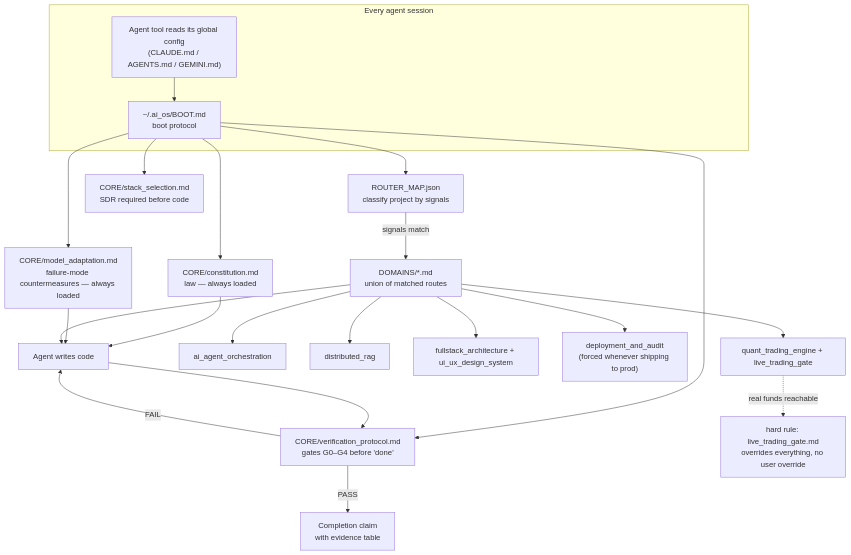
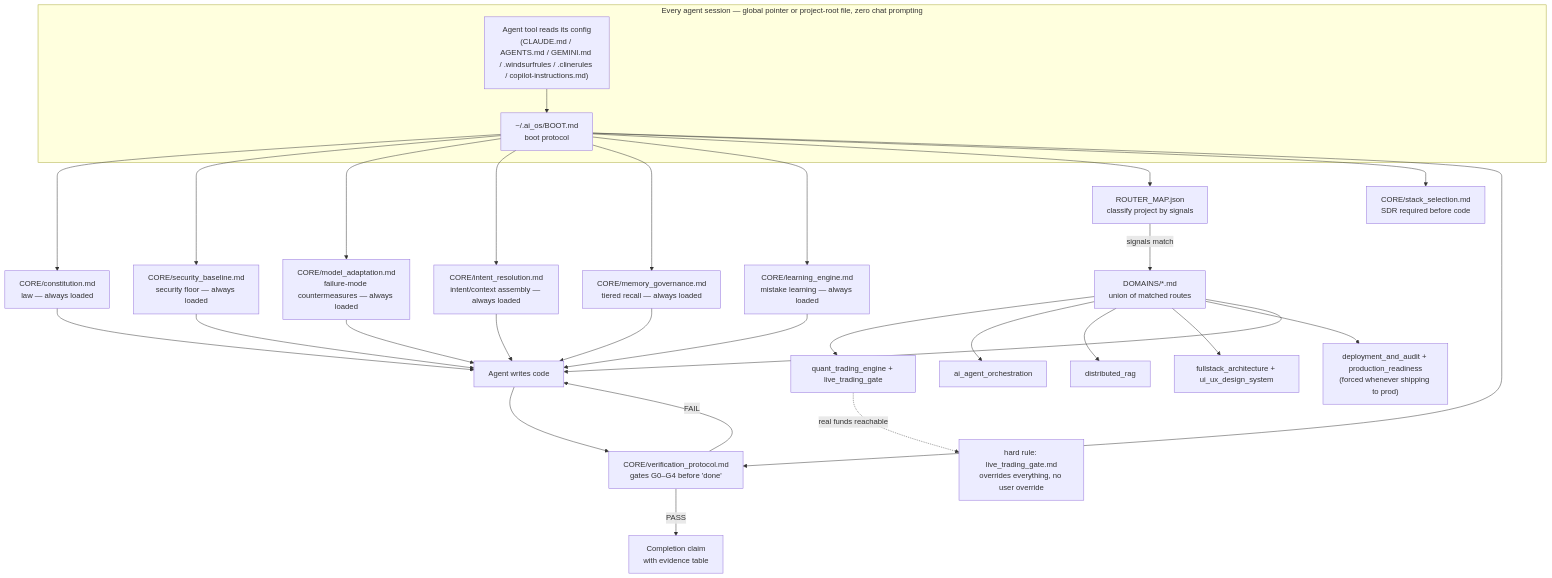
One commit to Aditya-7117/AEQ-OS changed the diagram in README.md. Above: the diagram before and after it, drawn with Mermaid. The commit also changed other lines of this file and 17 other files, not shown here.

First line of the commit message:
Add memory, security, self-improvement, intent resolution, and production readiness (v1.5.0)

````diff
--- a/README.md
+++ b/README.md
@@ -35,25 +39,29 @@
 ```mermaid
 flowchart TD
-    subgraph Boot["Every agent session"]
-        A["Agent tool reads its global config\n(CLAUDE.md / AGENTS.md / GEMINI.md)"] --> B["~/.ai_os/BOOT.md\nboot protocol"]
+    subgraph Boot["Every agent session — global pointer or project-root file, zero chat prompting"]
+        A["Agent tool reads its config\n(CLAUDE.md / AGENTS.md / GEMINI.md / .windsurfrules / .clinerules / copilot-instructions.md)"] --> B["~/.ai_os/BOOT.md\nboot protocol"]
     end
 
     B --> C["CORE/constitution.md\nlaw — always loaded"]
+    B --> S["CORE/security_baseline.md\nsecurity floor — always loaded"]
     B --> D["CORE/model_adaptation.md\nfailure-mode countermeasures — always loaded"]
+    B --> I["CORE/intent_resolution.md\nintent/context assembly — always loaded"]
+    B --> M["CORE/memory_governance.md\ntiered recall — always loaded"]
+    B --> L["CORE/learning_engine.md\nmistake learning — always loaded"]
     B --> E["ROUTER_MAP.json\nclassify project by signals"]
     B --> F["CORE/stack_selection.md\nSDR required before code"]
     B --> G["CORE/verification_protocol.md\ngates G0–G4 before 'done'"]
 
     E -->|"signals match"| H["DOMAINS/*.md\nunion of matched routes"]
     H --> H1["quant_trading_engine + live_trading_gate"]
     H --> H2["ai_agent_orchestration"]
     H --> H3["distributed_rag"]
     H --> H4["fullstack_architecture + ui_ux_design_system"]
-    H --> H5["deployment_and_audit\n(forced whenever shipping to prod)"]
+    H --> H5["deployment_and_audit + production_readiness\n(forced whenever shipping to prod)"]
     H1 -.->|"real funds reachable"| Hard["hard rule: live_trading_gate.md\noverrides everything, no user override"]
 
-    C & D & H --> Code["Agent writes code"]
+    C & S & D & I & M & L & H --> Code["Agent writes code"]
     Code --> G
     G -->|"PASS"| Done["Completion claim\nwith evidence table"]
     G -->|"FAIL"| Code
 ```
````
